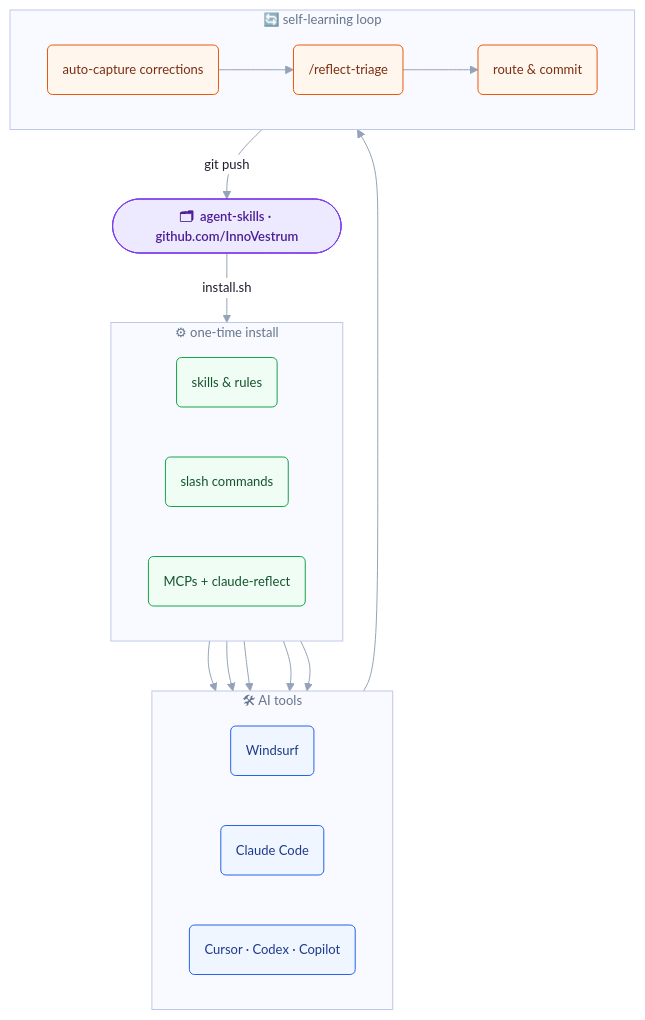
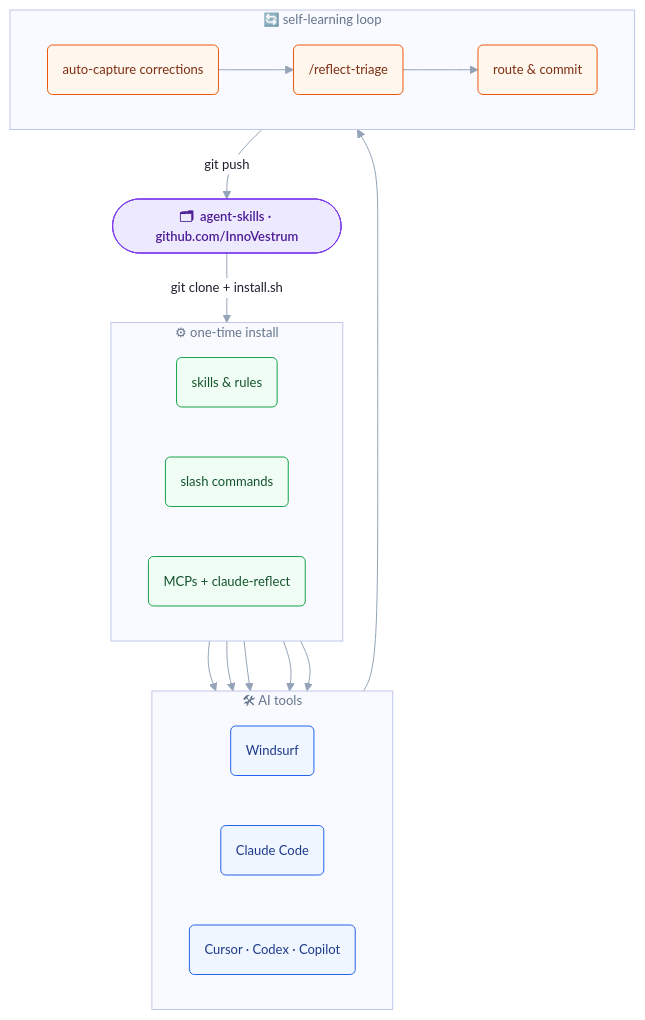
One commit to innovestrum/agent-skills changed the diagram in README.md. Above: the diagram before and after it, drawn with Mermaid. The commit also changed other lines of this file, not shown here.

Commit message:
docs: replace curl install with git clone as only install method

````diff
--- a/README.md
+++ b/README.md
@@ -7,51 +7,51 @@
 ```mermaid
 %%{init: {"theme": "base", "themeVariables": {
   "background": "#ffffff",
   "primaryColor": "#f0f4ff",
   "primaryTextColor": "#1e1e2e",
   "primaryBorderColor": "#c0c8e8",
   "lineColor": "#94a3b8",
   "clusterBkg": "#f8faff",
   "clusterBorder": "#c0c8e8",
   "titleColor": "#64748b",
   "edgeLabelBackground": "#ffffff",
   "fontFamily": "ui-sans-serif, system-ui, sans-serif",
   "fontSize": "13px"
 }}}%%
 flowchart TD
     classDef repo    fill:#ede9fe,stroke:#7c3aed,color:#4c1d95,font-weight:600
     classDef install fill:#f0fdf4,stroke:#16a34a,color:#14532d
     classDef tool    fill:#eff6ff,stroke:#2563eb,color:#1e3a8a
     classDef loop    fill:#fff7ed,stroke:#ea580c,color:#7c2d12
 
     REPO(["🗂  agent-skills · github.com/InnoVestrum"]):::repo
 
     subgraph INSTALL ["  ⚙  one-time install  "]
         direction LR
         I1("skills & rules"):::install
         I2("slash commands"):::install
         I3("MCPs + claude-reflect"):::install
     end
 
     subgraph TOOLS ["  🛠  AI tools  "]
         direction LR
         WS("Windsurf"):::tool
         CC("Claude Code"):::tool
         CX("Cursor · Codex · Copilot"):::tool
     end
 
     subgraph LOOP ["  🔄  self-learning loop  "]
         direction LR
         L1("auto-capture corrections"):::loop
         L2("/reflect-triage"):::loop
         L3("route & commit"):::loop
     end
 
-    REPO -->|"install.sh"| INSTALL
+    REPO -->|"git clone + install.sh"| INSTALL
     I1 --> WS & CC & CX
     I2 & I3 --> CC
 
     CC --> LOOP
     L1 --> L2 --> L3
     L3 -->|"git push"| REPO
 ```
````
